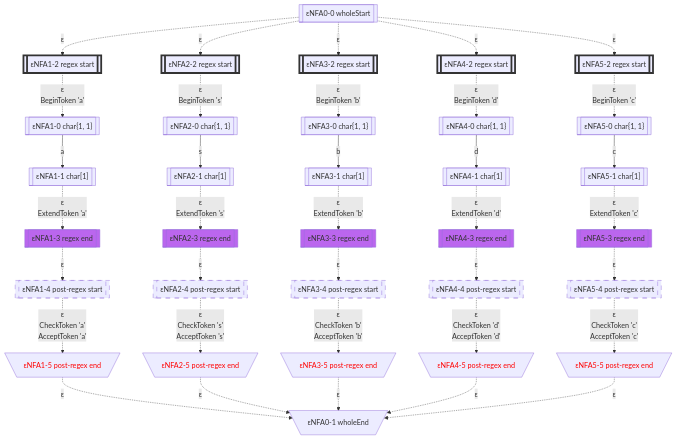
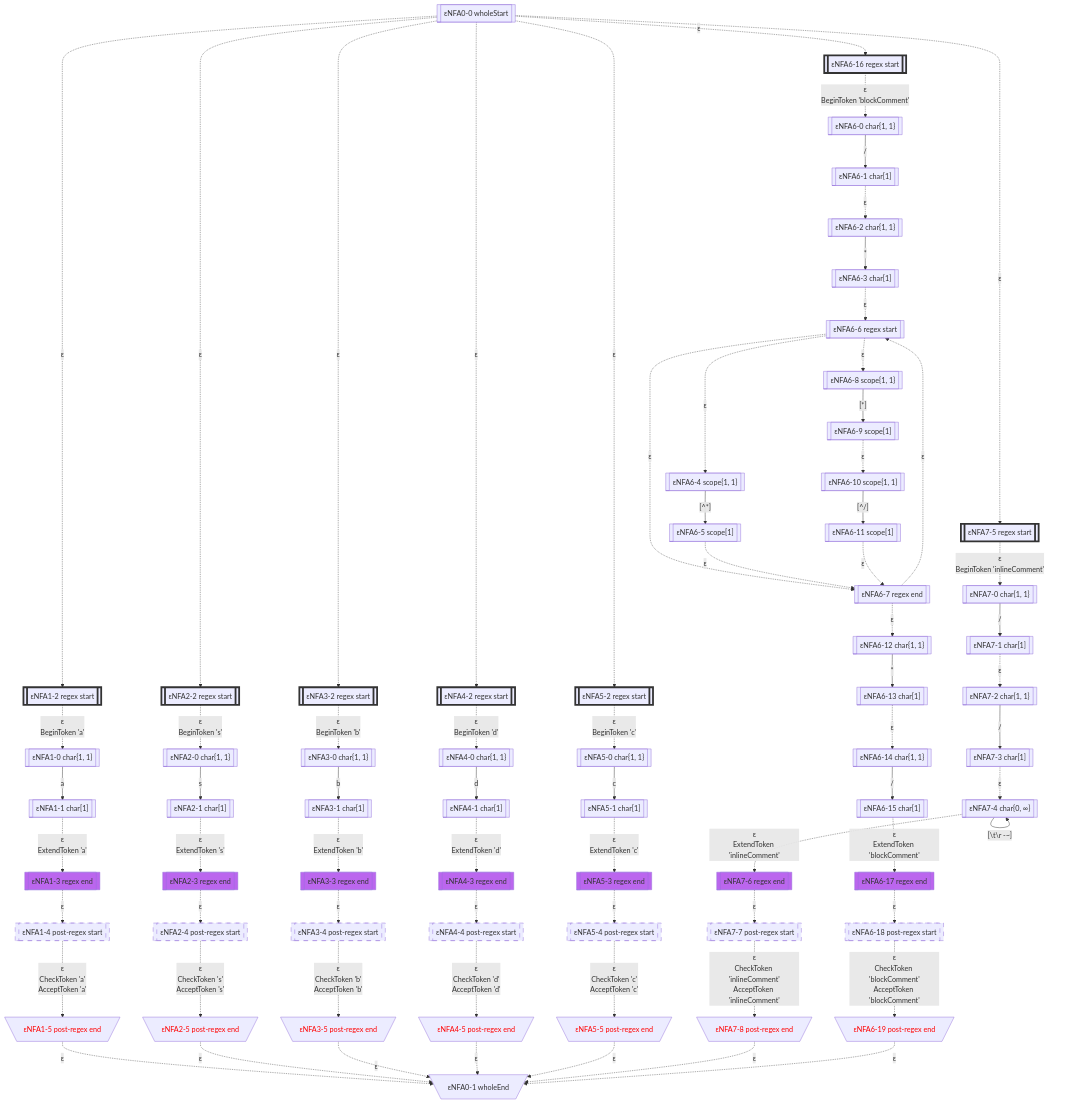
One commit to bitzhuwei/GrammarMentor changed the first of 7 diagrams in Practices/Practice.GeneratedXxxFormat.Test/GeneratedSAB/doc/LexicalStates.gen.md. Above: the diagram before and after it, drawn with Mermaid. The commit also changed other lines of this file and 3868 other files, not shown here.

````diff
--- a/Practices/Practice.GeneratedXxxFormat.Test/GeneratedSAB/doc/LexicalStates.gen.md
+++ b/Practices/Practice.GeneratedXxxFormat.Test/GeneratedSAB/doc/LexicalStates.gen.md
@@ -17,111 +17,191 @@
 classDef c1101 stroke:#333,stroke-width:4px,fill:#BB66EE,color:#FF0000;
 classDef c1110 stroke:#333,stroke-width:4px,fill:#BB66EE,stroke-dasharray: 10 10;
 classDef c1111 stroke:#333,stroke-width:4px,fill:#BB66EE,stroke-dasharray: 10 10,color:#FF0000;
-eNFA0_0_11401175[["εNFA0-0 wholeStart"]]
-eNFA1_2_30339247[["εNFA1-2 regex start"]]
-class eNFA1_2_30339247 c1000;
-eNFA2_2_35501716[["εNFA2-2 regex start"]]
-class eNFA2_2_35501716 c1000;
-eNFA3_2_62817140[["εNFA3-2 regex start"]]
-class eNFA3_2_62817140 c1000;
-eNFA4_2_30975470[["εNFA4-2 regex start"]]
-class eNFA4_2_30975470 c1000;
-eNFA5_2_32230622[["εNFA5-2 regex start"]]
-class eNFA5_2_32230622 c1000;
-eNFA1_0_4617770[["εNFA1-0 char{1, 1}"]]
-eNFA2_0_43838484[["εNFA2-0 char{1, 1}"]]
-eNFA3_0_55023556[["εNFA3-0 char{1, 1}"]]
-eNFA4_0_25985176[["εNFA4-0 char{1, 1}"]]
-eNFA5_0_60543561[["εNFA5-0 char{1, 1}"]]
-eNFA1_1_41559932[["εNFA1-1 char[1]"]]
-eNFA2_1_59002044[["εNFA2-1 char[1]"]]
-eNFA3_1_25449961[["εNFA3-1 char[1]"]]
-eNFA4_1_32539999[["εNFA4-1 char[1]"]]
-eNFA5_1_8021141[["εNFA5-1 char[1]"]]
-eNFA1_3_38495070[["εNFA1-3 regex end"]]
-class eNFA1_3_38495070 c0100;
-eNFA2_3_61256348[["εNFA2-3 regex end"]]
-class eNFA2_3_61256348 c0100;
-eNFA3_3_27723061[["εNFA3-3 regex end"]]
-class eNFA3_3_27723061 c0100;
-eNFA4_3_24424539[["εNFA4-3 regex end"]]
-class eNFA4_3_24424539 c0100;
-eNFA5_3_5081413[["εNFA5-3 regex end"]]
-class eNFA5_3_5081413 c0100;
-eNFA1_4_10911313[["εNFA1-4 post-regex start"]]
-class eNFA1_4_10911313 c0010;
-eNFA2_4_14436222[["εNFA2-4 post-regex start"]]
-class eNFA2_4_14436222 c0010;
-eNFA3_4_48180961[["εNFA3-4 post-regex start"]]
-class eNFA3_4_48180961 c0010;
-eNFA4_4_18494261[["εNFA4-4 post-regex start"]]
-class eNFA4_4_18494261 c0010;
-eNFA5_4_45732721[["εNFA5-4 post-regex start"]]
-class eNFA5_4_45732721 c0010;
-eNFA1_5_31092959[\"εNFA1-5 post-regex end"/]
-class eNFA1_5_31092959 c0001;
-eNFA2_5_51079989[\"εNFA2-5 post-regex end"/]
-class eNFA2_5_51079989 c0001;
-eNFA3_5_28483349[\"εNFA3-5 post-regex end"/]
-class eNFA3_5_28483349 c0001;
-eNFA4_5_10343782[\"εNFA4-5 post-regex end"/]
-class eNFA4_5_10343782 c0001;
-eNFA5_5_21640143[\"εNFA5-5 post-regex end"/]
-class eNFA5_5_21640143 c0001;
-eNFA0_1_57066725[\"εNFA0-1 wholeEnd"/]
-eNFA0_0_11401175 -.->|"ε"|eNFA1_2_30339247
-eNFA0_0_11401175 -.->|"ε"|eNFA2_2_35501716
-eNFA0_0_11401175 -.->|"ε"|eNFA3_2_62817140
-eNFA0_0_11401175 -.->|"ε"|eNFA4_2_30975470
-eNFA0_0_11401175 -.->|"ε"|eNFA5_2_32230622
-eNFA1_2_30339247 -.->|"ε
-BeginToken 'a'"|eNFA1_0_4617770
-eNFA2_2_35501716 -.->|"ε
-BeginToken 's'"|eNFA2_0_43838484
-eNFA3_2_62817140 -.->|"ε
-BeginToken 'b'"|eNFA3_0_55023556
-eNFA4_2_30975470 -.->|"ε
-BeginToken 'd'"|eNFA4_0_25985176
-eNFA5_2_32230622 -.->|"ε
-BeginToken 'c'"|eNFA5_0_60543561
-eNFA1_0_4617770 -->|"a"|eNFA1_1_41559932
-eNFA2_0_43838484 -->|"s"|eNFA2_1_59002044
-eNFA3_0_55023556 -->|"b"|eNFA3_1_25449961
-eNFA4_0_25985176 -->|"d"|eNFA4_1_32539999
-eNFA5_0_60543561 -->|"c"|eNFA5_1_8021141
-eNFA1_1_41559932 -.->|"ε
-ExtendToken 'a'"|eNFA1_3_38495070
-eNFA2_1_59002044 -.->|"ε
-ExtendToken 's'"|eNFA2_3_61256348
-eNFA3_1_25449961 -.->|"ε
-ExtendToken 'b'"|eNFA3_3_27723061
-eNFA4_1_32539999 -.->|"ε
-ExtendToken 'd'"|eNFA4_3_24424539
-eNFA5_1_8021141 -.->|"ε
-ExtendToken 'c'"|eNFA5_3_5081413
-eNFA1_3_38495070 -.->|"ε"|eNFA1_4_10911313
-eNFA2_3_61256348 -.->|"ε"|eNFA2_4_14436222
-eNFA3_3_27723061 -.->|"ε"|eNFA3_4_48180961
-eNFA4_3_24424539 -.->|"ε"|eNFA4_4_18494261
-eNFA5_3_5081413 -.->|"ε"|eNFA5_4_45732721
-eNFA1_4_10911313 -.->|"ε
+eNFA0_0_45524249[["εNFA0-0 wholeStart"]]
+eNFA1_2_35329658[["εNFA1-2 regex start"]]
+class eNFA1_2_35329658 c1000;
+eNFA2_2_7065065[["εNFA2-2 regex start"]]
+class eNFA2_2_7065065 c1000;
+eNFA3_2_57439703[["εNFA3-2 regex start"]]
+class eNFA3_2_57439703 c1000;
+eNFA4_2_4517709[["εNFA4-2 regex start"]]
+class eNFA4_2_4517709 c1000;
+eNFA5_2_9071242[["εNFA5-2 regex start"]]
+class eNFA5_2_9071242 c1000;
+eNFA6_16_36188385[["εNFA6-16 regex start"]]
+class eNFA6_16_36188385 c1000;
+eNFA7_5_31024646[["εNFA7-5 regex start"]]
+class eNFA7_5_31024646 c1000;
+eNFA1_0_49531474[["εNFA1-0 char{1, 1}"]]
+eNFA2_0_50158847[["εNFA2-0 char{1, 1}"]]
+eNFA3_0_22104370[["εNFA3-0 char{1, 1}"]]
+eNFA4_0_30390109[["εNFA4-0 char{1, 1}"]]
+eNFA5_0_63682040[["εNFA5-0 char{1, 1}"]]
+eNFA6_0_45578038[["εNFA6-0 char{1, 1}"]]
+eNFA7_0_29968374[["εNFA7-0 char{1, 1}"]]
+eNFA1_1_43130086[["εNFA1-1 char[1]"]]
+eNFA2_1_48776445[["εNFA2-1 char[1]"]]
+eNFA3_1_64721603[["εNFA3-1 char[1]"]]
+eNFA4_1_5075526[["εNFA4-1 char[1]"]]
+eNFA5_1_36267453[["εNFA5-1 char[1]"]]
+eNFA6_1_39706416[["εNFA6-1 char[1]"]]
+eNFA7_1_21813425[["εNFA7-1 char[1]"]]
+eNFA1_3_52626454[["εNFA1-3 regex end"]]
+class eNFA1_3_52626454 c0100;
+eNFA2_3_36334825[["εNFA2-3 regex end"]]
+class eNFA2_3_36334825 c0100;
+eNFA3_3_45623521[["εNFA3-3 regex end"]]
+class eNFA3_3_45623521 c0100;
+eNFA4_3_45679737[["εNFA4-3 regex end"]]
+class eNFA4_3_45679737 c0100;
+eNFA5_3_57971626[["εNFA5-3 regex end"]]
+class eNFA5_3_57971626 c0100;
+eNFA6_2_62103099[["εNFA6-2 char{1, 1}"]]
+eNFA7_2_22056983[["εNFA7-2 char{1, 1}"]]
+eNFA1_4_3876045[["εNFA1-4 post-regex start"]]
+class eNFA1_4_3876045 c0010;
+eNFA2_4_58577972[["εNFA2-4 post-regex start"]]
+class eNFA2_4_58577972 c0010;
+eNFA3_4_7958508[["εNFA3-4 post-regex start"]]
+class eNFA3_4_7958508 c0010;
+eNFA4_4_8464456[["εNFA4-4 post-regex start"]]
+class eNFA4_4_8464456 c0010;
+eNFA5_4_51982593[["εNFA5-4 post-regex start"]]
+class eNFA5_4_51982593 c0010;
+eNFA6_3_27806444[["εNFA6-3 char[1]"]]
+eNFA7_3_3697038[["εNFA7-3 char[1]"]]
+eNFA1_5_34884411[\"εNFA1-5 post-regex end"/]
+class eNFA1_5_34884411 c0001;
+eNFA2_5_63585586[\"εNFA2-5 post-regex end"/]
+class eNFA2_5_63585586 c0001;
+eNFA3_5_47195283[\"εNFA3-5 post-regex end"/]
+class eNFA3_5_47195283 c0001;
+eNFA4_5_40659381[\"εNFA4-5 post-regex end"/]
+class eNFA4_5_40659381 c0001;
+eNFA5_5_14532322[\"εNFA5-5 post-regex end"/]
+class eNFA5_5_14532322 c0001;
+eNFA6_6_65190153[["εNFA6-6 regex start"]]
+eNFA7_4_410782[["εNFA7-4 char{0, ∞}"]]
+eNFA0_1_35399367[\"εNFA0-1 wholeEnd"/]
+eNFA6_4_45911036[["εNFA6-4 scope{1, 1}"]]
+eNFA6_8_49840468[["εNFA6-8 scope{1, 1}"]]
+eNFA6_7_10546145[["εNFA6-7 regex end"]]
+eNFA7_6_33273344[["εNFA7-6 regex end"]]
+class eNFA7_6_33273344 c0100;
+eNFA6_5_37729472[["εNFA6-5 scope[1]"]]
+eNFA6_9_41656292[["εNFA6-9 scope[1]"]]
+eNFA6_12_48931406[["εNFA6-12 char{1, 1}"]]
+eNFA7_7_1279915[["εNFA7-7 post-regex start"]]
+class eNFA7_7_1279915 c0010;
+eNFA6_10_39641102[["εNFA6-10 scope{1, 1}"]]
+eNFA6_13_21225601[["εNFA6-13 char[1]"]]
+eNFA7_8_10786359[\"εNFA7-8 post-regex end"/]
+class eNFA7_8_10786359 c0001;
+eNFA6_11_4020931[["εNFA6-11 scope[1]"]]
+eNFA6_14_56812682[["εNFA6-14 char{1, 1}"]]
+eNFA6_15_7549159[["εNFA6-15 char[1]"]]
+eNFA6_17_833575[["εNFA6-17 regex end"]]
+class eNFA6_17_833575 c0100;
+eNFA6_18_7502182[["εNFA6-18 post-regex start"]]
+class eNFA6_18_7502182 c0010;
+eNFA6_19_57260009[\"εNFA6-19 post-regex end"/]
+class eNFA6_19_57260009 c0001;
+eNFA0_0_45524249 -.->|"ε"|eNFA1_2_35329658
+eNFA0_0_45524249 -.->|"ε"|eNFA2_2_7065065
+eNFA0_0_45524249 -.->|"ε"|eNFA3_2_57439703
+eNFA0_0_45524249 -.->|"ε"|eNFA4_2_4517709
+eNFA0_0_45524249 -.->|"ε"|eNFA5_2_9071242
+eNFA0_0_45524249 -.->|"ε"|eNFA6_16_36188385
+eNFA0_0_45524249 -.->|"ε"|eNFA7_5_31024646
+eNFA1_2_35329658 -.->|"ε
+BeginToken 'a'"|eNFA1_0_49531474
+eNFA2_2_7065065 -.->|"ε
+BeginToken 's'"|eNFA2_0_50158847
+eNFA3_2_57439703 -.->|"ε
+BeginToken 'b'"|eNFA3_0_22104370
+eNFA4_2_4517709 -.->|"ε
+BeginToken 'd'"|eNFA4_0_30390109
+eNFA5_2_9071242 -.->|"ε
+BeginToken 'c'"|eNFA5_0_63682040
+eNFA6_16_36188385 -.->|"ε
+BeginToken 'blockComment'"|eNFA6_0_45578038
+eNFA7_5_31024646 -.->|"ε
+BeginToken 'inlineComment'"|eNFA7_0_29968374
+eNFA1_0_49531474 -->|"a"|eNFA1_1_43130086
+eNFA2_0_50158847 -->|"s"|eNFA2_1_48776445
+eNFA3_0_22104370 -->|"b"|eNFA3_1_64721603
+eNFA4_0_30390109 -->|"d"|eNFA4_1_5075526
+eNFA5_0_63682040 -->|"c"|eNFA5_1_36267453
+eNFA6_0_45578038 -->|"/"|eNFA6_1_39706416
+eNFA7_0_29968374 -->|"/"|eNFA7_1_21813425
+eNFA1_1_43130086 -.->|"ε
+ExtendToken 'a'"|eNFA1_3_52626454
+eNFA2_1_48776445 -.->|"ε
+ExtendToken 's'"|eNFA2_3_36334825
+eNFA3_1_64721603 -.->|"ε
+ExtendToken 'b'"|eNFA3_3_45623521
+eNFA4_1_5075526 -.->|"ε
+ExtendToken 'd'"|eNFA4_3_45679737
+eNFA5_1_36267453 -.->|"ε
+ExtendToken 'c'"|eNFA5_3_57971626
+eNFA6_1_39706416 -.->|"ε"|eNFA6_2_62103099
+eNFA7_1_21813425 -.->|"ε"|eNFA7_2_22056983
+eNFA1_3_52626454 -.->|"ε"|eNFA1_4_3876045
+eNFA2_3_36334825 -.->|"ε"|eNFA2_4_58577972
+eNFA3_3_45623521 -.->|"ε"|eNFA3_4_7958508
+eNFA4_3_45679737 -.->|"ε"|eNFA4_4_8464456
+eNFA5_3_57971626 -.->|"ε"|eNFA5_4_51982593
+eNFA6_2_62103099 -->|"*"|eNFA6_3_27806444
+eNFA7_2_22056983 -->|"/"|eNFA7_3_3697038
+eNFA1_4_3876045 -.->|"ε
 CheckToken 'a'
-AcceptToken 'a'"|eNFA1_5_31092959
-eNFA2_4_14436222 -.->|"ε
+AcceptToken 'a'"|eNFA1_5_34884411
+eNFA2_4_58577972 -.->|"ε
 CheckToken 's'
-AcceptToken 's'"|eNFA2_5_51079989
-eNFA3_4_48180961 -.->|"ε
+AcceptToken 's'"|eNFA2_5_63585586
+eNFA3_4_7958508 -.->|"ε
 CheckToken 'b'
-AcceptToken 'b'"|eNFA3_5_28483349
-eNFA4_4_18494261 -.->|"ε
+AcceptToken 'b'"|eNFA3_5_47195283
+eNFA4_4_8464456 -.->|"ε
 CheckToken 'd'
-AcceptToken 'd'"|eNFA4_5_10343782
-eNFA5_4_45732721 -.->|"ε
+AcceptToken 'd'"|eNFA4_5_40659381
+eNFA5_4_51982593 -.->|"ε
 CheckToken 'c'
-AcceptToken 'c'"|eNFA5_5_21640143
-eNFA1_5_31092959 -.->|"ε"|eNFA0_1_57066725
-eNFA2_5_51079989 -.->|"ε"|eNFA0_1_57066725
-eNFA3_5_28483349 -.->|"ε"|eNFA0_1_57066725
-eNFA4_5_10343782 -.->|"ε"|eNFA0_1_57066725
-eNFA5_5_21640143 -.->|"ε"|eNFA0_1_57066725
+AcceptToken 'c'"|eNFA5_5_14532322
+eNFA6_3_27806444 -.->|"ε"|eNFA6_6_65190153
+eNFA7_3_3697038 -.->|"ε"|eNFA7_4_410782
+eNFA1_5_34884411 -.->|"ε"|eNFA0_1_35399367
+eNFA2_5_63585586 -.->|"ε"|eNFA0_1_35399367
+eNFA3_5_47195283 -.->|"ε"|eNFA0_1_35399367
+eNFA4_5_40659381 -.->|"ε"|eNFA0_1_35399367
+eNFA5_5_14532322 -.->|"ε"|eNFA0_1_35399367
+eNFA6_6_65190153 -.->|"ε"|eNFA6_4_45911036
+eNFA6_6_65190153 -.->|"ε"|eNFA6_8_49840468
+eNFA6_6_65190153 -.->|"ε"|eNFA6_7_10546145
+eNFA7_4_410782 -->|"[#92;t#92;r#32;-~]"|eNFA7_4_410782
+eNFA7_4_410782 -.->|"ε
+ExtendToken 'inlineComment'"|eNFA7_6_33273344
+eNFA6_4_45911036 -->|"[^*]"|eNFA6_5_37729472
+eNFA6_8_49840468 -->|"[*]"|eNFA6_9_41656292
+eNFA6_7_10546145 -.->|"ε"|eNFA6_6_65190153
+eNFA6_7_10546145 -.->|"ε"|eNFA6_12_48931406
+eNFA7_6_33273344 -.->|"ε"|eNFA7_7_1279915
+eNFA6_5_37729472 -.->|"ε"|eNFA6_7_10546145
+eNFA6_9_41656292 -.->|"ε"|eNFA6_10_39641102
+eNFA6_12_48931406 -->|"*"|eNFA6_13_21225601
+eNFA7_7_1279915 -.->|"ε
+CheckToken 'inlineComment'
+AcceptToken 'inlineComment'"|eNFA7_8_10786359
+eNFA6_10_39641102 -->|"[^/]"|eNFA6_11_4020931
+eNFA6_13_21225601 -.->|"ε"|eNFA6_14_56812682
+eNFA7_8_10786359 -.->|"ε"|eNFA0_1_35399367
+eNFA6_11_4020931 -.->|"ε"|eNFA6_7_10546145
+eNFA6_14_56812682 -->|"/"|eNFA6_15_7549159
+eNFA6_15_7549159 -.->|"ε
+ExtendToken 'blockComment'"|eNFA6_17_833575
+eNFA6_17_833575 -.->|"ε"|eNFA6_18_7502182
+eNFA6_18_7502182 -.->|"ε
+CheckToken 'blockComment'
+AcceptToken 'blockComment'"|eNFA6_19_57260009
+eNFA6_19_57260009 -.->|"ε"|eNFA0_1_35399367
 ```
````
